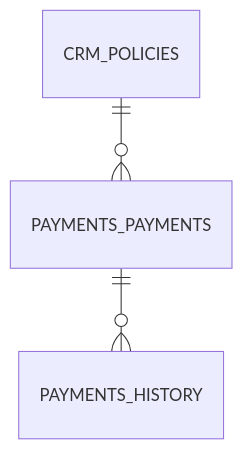
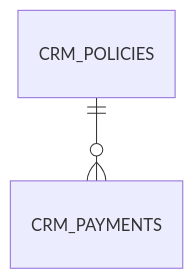
The third of 7 diagrams in docs/data-model.md (arhipvp/CRM_2.0), drawn with Mermaid before and after one commit. The commit also changed other lines of this file and 14 other files, not shown here.

Commit message:
Docs: migrate payments into CRM module

````diff
--- a/docs/data-model.md
+++ b/docs/data-model.md
@@ -83,5 +83,4 @@
 ```mermaid
 erDiagram
-    CRM_POLICIES ||--o{ PAYMENTS_PAYMENTS : ""
-    PAYMENTS_PAYMENTS ||--o{ PAYMENTS_HISTORY : ""
+    CRM_POLICIES ||--o{ CRM_PAYMENTS : ""
 ```
````
